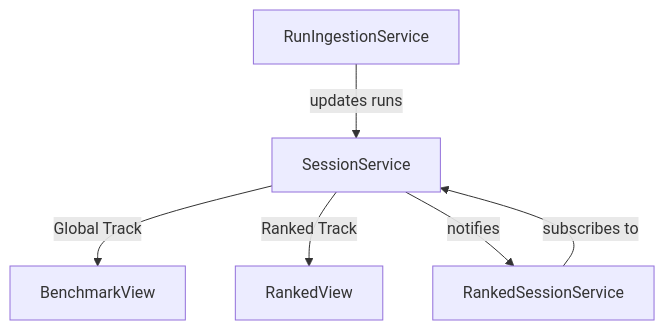
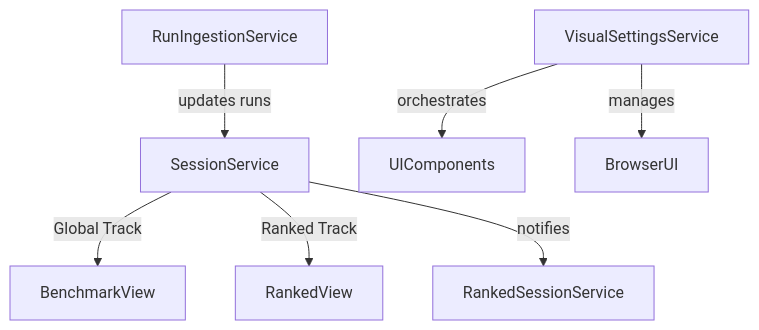
One commit to H1410101/raw_output changed the diagram in src/services/_docs.md. Above: the diagram before and after it, drawn with Mermaid. The commit also changed other lines of this file and 7 other files, not shown here.

````diff
--- a/src/services/_docs.md
+++ b/src/services/_docs.md
@@ -28,8 +33,9 @@
 ```mermaid
 graph TD
     RunIngestionService -->|updates runs| SessionService
     SessionService -->|Global Track| BenchmarkView
     SessionService -->|Ranked Track| RankedView
-    RankedSessionService -->|subscribes to| SessionService
     SessionService -->|notifies| RankedSessionService
+    VisualSettingsService -->|orchestrates| UIComponents
+    VisualSettingsService -->|manages| BrowserUI
 ```
````
